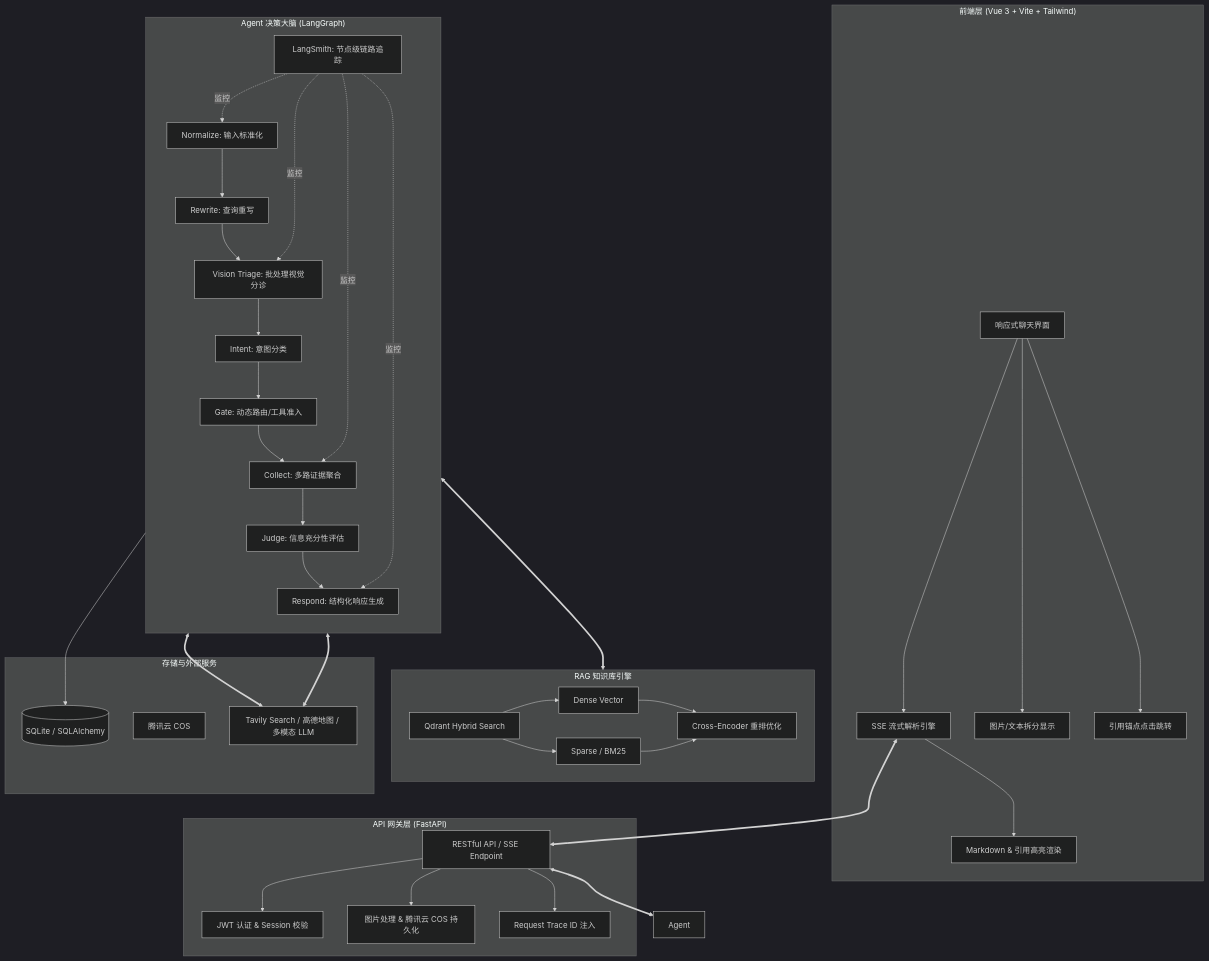
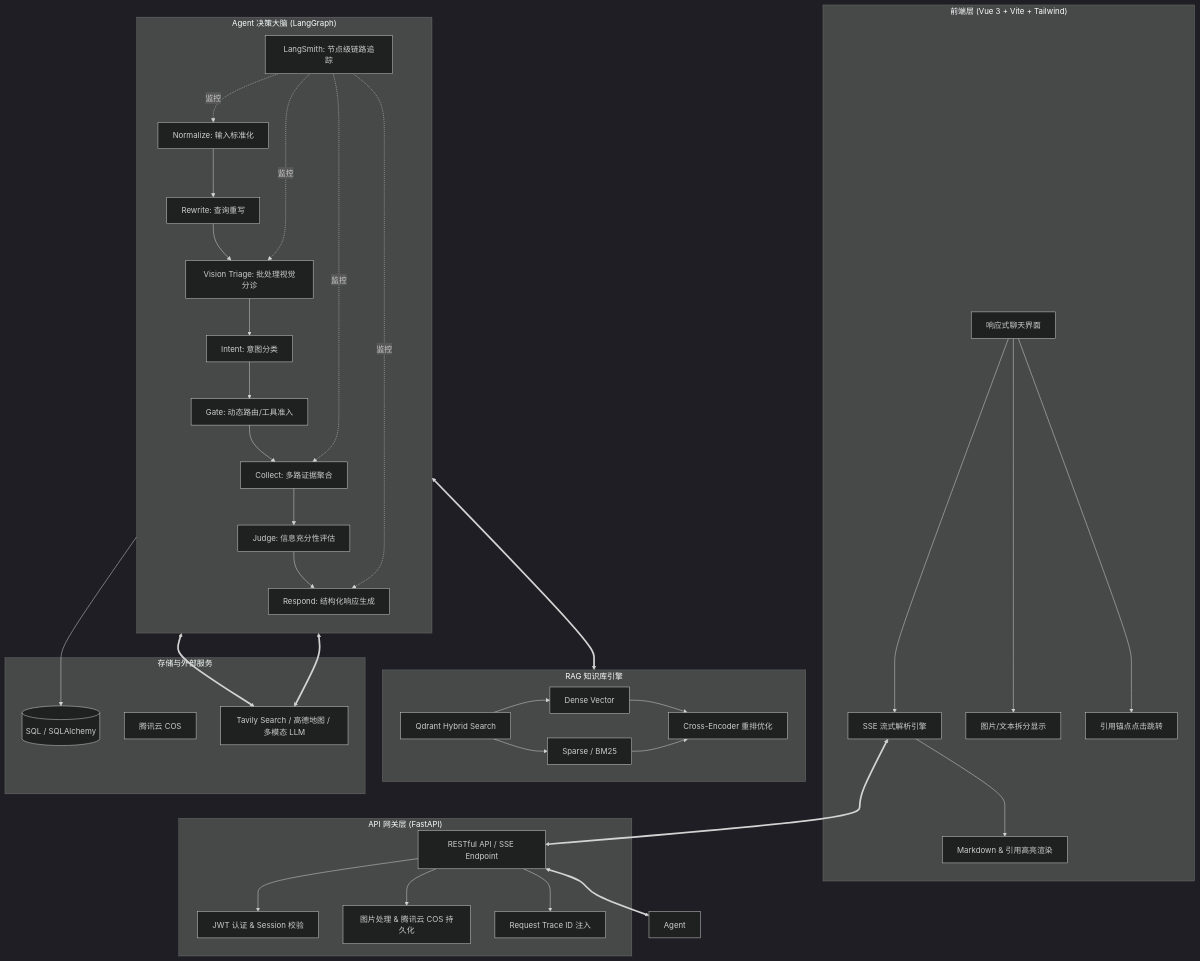
Before and after one commit to lffffffffm/animal_rescue_agent: the diagram in README.md, drawn with Mermaid (dark theme). The commit also changed other lines of this file and 4 other files, not shown here.

````diff
--- a/README.md
+++ b/README.md
@@ -24,49 +24,49 @@
 ```mermaid
 graph TB
     subgraph "前端层 (Vue 3 + Vite + Tailwind)"
         UI[响应式聊天界面] --> SSE_Parser[SSE 流式解析引擎]
         UI --> Image_Split[图片/文本拆分显示]
         UI --> Cite_Jump[引用锚点点击跳转]
         SSE_Parser --> Render[Markdown & 引用高亮渲染]
     end
     
     subgraph "API 网关层 (FastAPI)"
         GW[RESTful API / SSE Endpoint] --> Auth[JWT 认证 & Session 校验]
         GW --> Upload[图片处理 & 腾讯云 COS 持久化]
         GW --> Trace_ID[Request Trace ID 注入]
     end
     
     subgraph "Agent 决策大脑 (LangGraph)"
         direction TB
         Node1[Normalize: 输入标准化] --> Node2[Rewrite: 查询重写]
         Node2 --> Node3[Vision Triage: 批处理视觉分诊]
         Node3 --> Node4[Intent: 意图分类]
         Node4 --> Node5[Gate: 动态路由/工具准入]
         Node5 --> Node6[Collect: 多路证据聚合]
         Node6 --> Node7[Judge: 信息充分性评估]
         Node7 --> Node8[Respond: 结构化响应生成]
         
         Monitoring[LangSmith: 节点级链路追踪] -. 监控 .-> Node1 & Node3 & Node6 & Node8
     end
     
     subgraph "RAG 知识库引擎"
         direction LR
         Search[Qdrant Hybrid Search] --> Dense[Dense Vector]
         Search --> Sparse[Sparse / BM25]
         Dense & Sparse --> Rerank[Cross-Encoder 重排优化]
     end
     
     subgraph "存储与外部服务"
-        DB[(SQLite / SQLAlchemy)]
+        DB[(SQL / SQLAlchemy)]
         COS[腾讯云 COS]
         APIs[Tavily Search / 高德地图 / 多模态 LLM]
     end
 
     %% 核心数据流
     SSE_Parser <==> GW
     GW <==> Agent
     Node6 <==> Search
     Node6 <==> APIs
     Node3 <==> APIs
     Node8 --> DB
 ```
````
